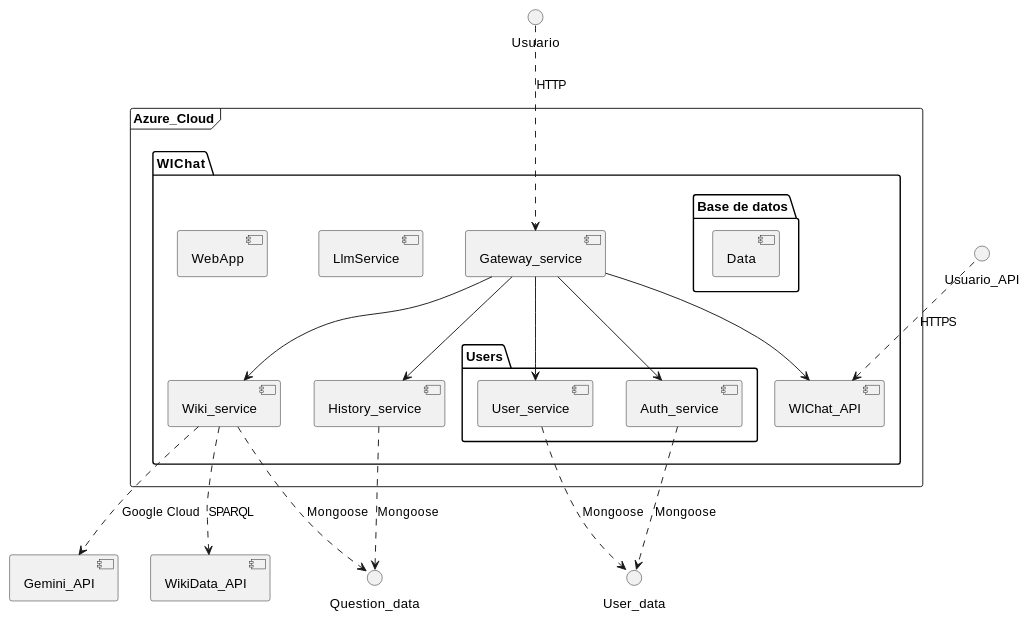
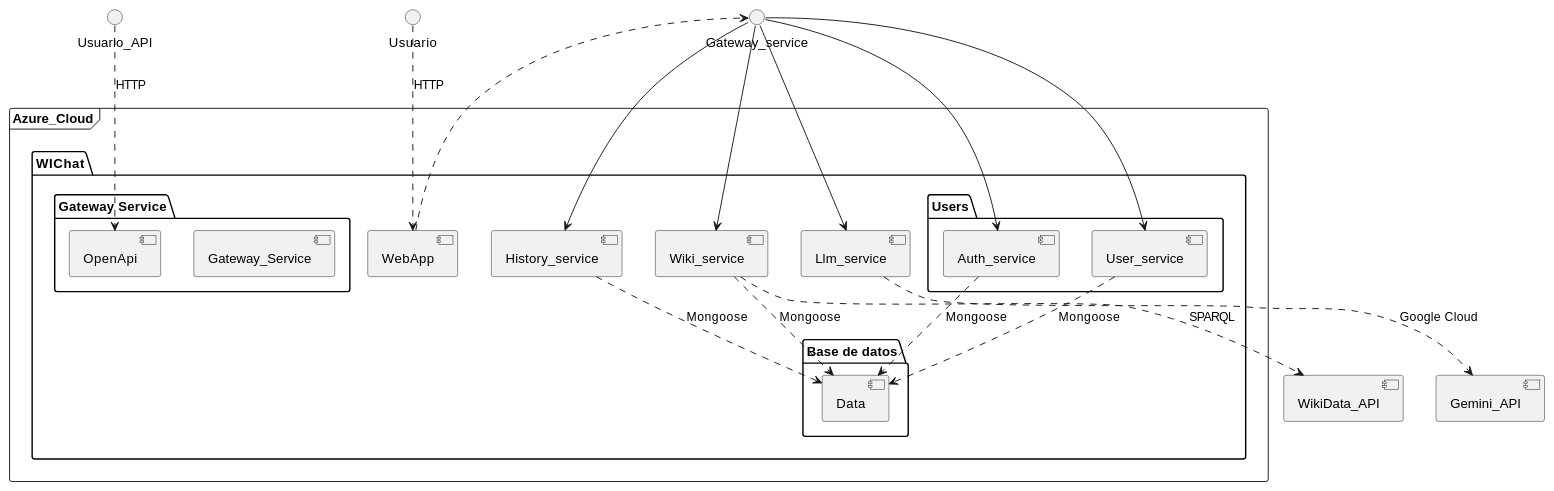
The second of 2 diagrams in docs/src/03_context_and_scope.adoc (Arquisoft/wichat_es5a), drawn with PlantUML before and after one commit. The commit also changed other lines of this file and 4 other files, not shown here.

Commit message:
Diagramas hechos hasta el 6, para traerlo de master

```diff
--- a/docs/src/03_context_and_scope.adoc
+++ b/docs/src/03_context_and_scope.adoc
@@ -42,37 +42,40 @@
 [plantuml, "Contexto técnico WIChat", png]
 ----
 frame "Azure_Cloud" {
     package "WIChat" {
-         [WIChat_API]
-         [Gateway_service]
+         package "Gateway Service"{
+               [Gateway_Service]
+               [OpenApi]
+         }
          [Wiki_service]
          [History_service]
-         [LlmService]
+         [Llm_service]
          [WebApp]
          package "Users" {
               [Auth_service]
               [User_service]
          }
          package "Base de datos" {
               [Data]
         }
     }
 }
 [WikiData_API]
 [Gemini_API]
 () "Usuario"
 () "Usuario_API"
-Usuario ..> Gateway_service : HTTP
+Usuario ..> WebApp : HTTP
+WebApp ..> Gateway_service
 Gateway_service --> Wiki_service
 Gateway_service --> Auth_service
 Gateway_service --> User_service
 Gateway_service --> History_service
-Gateway_service --> WIChat_API
+Gateway_service --> Llm_service
 Wiki_service ..> WikiData_API : SPARQL
-Wiki_service ..> Gemini_API : Google Cloud
-Auth_service ..> User_data : Mongoose
-User_service ..> User_data  : Mongoose
-Wiki_service ..> Question_data : Mongoose
-History_service ..> Question_data : Mongoose
-Usuario_API ..> WIChat_API : HTTPS
+Llm_service ..> Gemini_API : Google Cloud
+Auth_service ..> Data : Mongoose
+User_service ..> Data  : Mongoose
+Wiki_service ..> Data : Mongoose
+History_service ..> Data : Mongoose
+Usuario_API ..> OpenApi : HTTP
 ----
```
